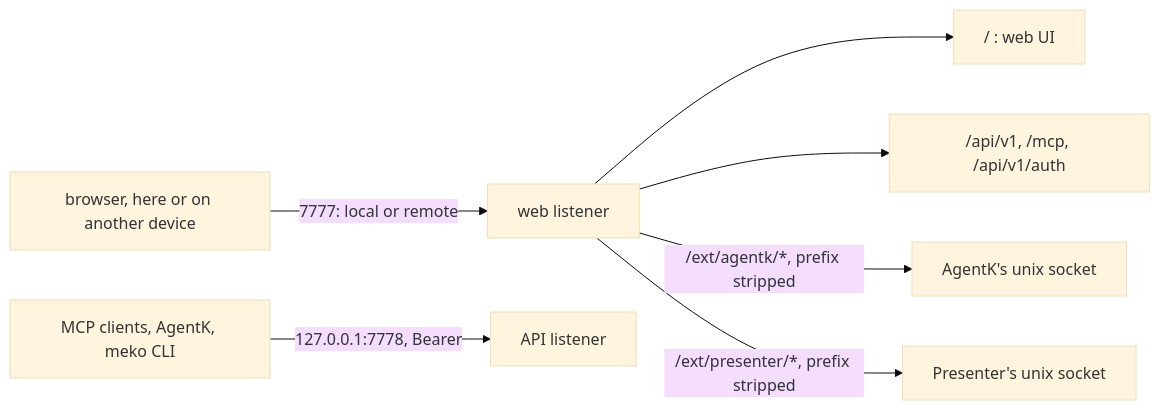
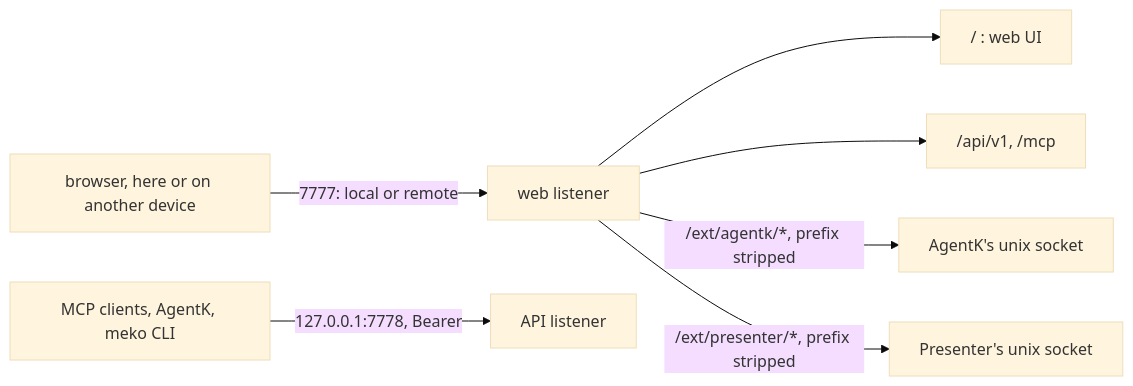
One commit to yugabyte/meko changed the diagram in backend/docs/web.md. Above: the diagram before and after it, drawn with Mermaid (base theme). The commit also changed other lines of this file and 97 other files, not shown here.

````diff
--- a/backend/docs/web.md
+++ b/backend/docs/web.md
@@ -9,9 +9,9 @@
 ```mermaid
 flowchart LR
   b["browser, here or on another device"] -->|"7777: local or remote"| web["web listener"]
   web --> ui["/ : web UI"]
-  web --> data["/api/v1, /mcp, /api/v1/auth"]
+  web --> data["/api/v1, /mcp"]
   web -->|"/ext/agentk/*, prefix stripped"| sock["AgentK's unix socket"]
   web -->|"/ext/presenter/*, prefix stripped"| psock["Presenter's unix socket"]
   agents["MCP clients, AgentK, meko CLI"] -->|"127.0.0.1:7778, Bearer"| api["API listener"]
 ```
````
